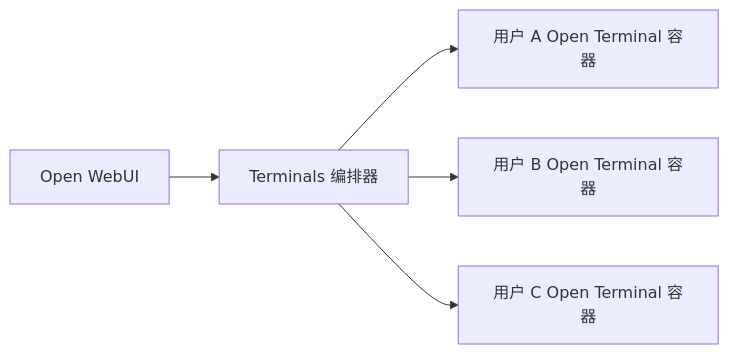
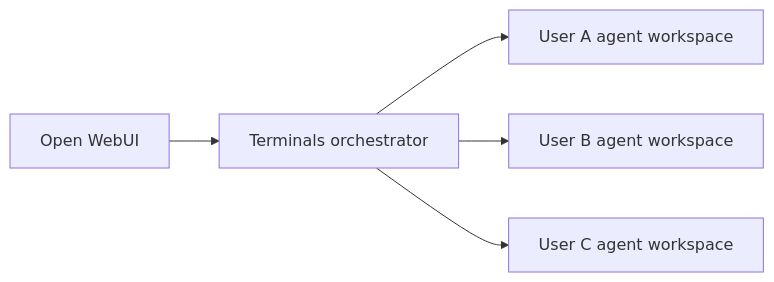
One commit to SMYQH/openwebuidocs changed the diagram in zh-cn/docs/features/open-terminal/terminals/orchestration/index.md. Above: the diagram before and after it, drawn with Mermaid. The commit also changed other lines of this file and 116 other files, not shown here.

````diff
--- a/zh-cn/docs/features/open-terminal/terminals/orchestration/index.md
+++ b/zh-cn/docs/features/open-terminal/terminals/orchestration/index.md
@@ -10,7 +12,7 @@
 ```mermaid
 flowchart LR
-    A["Open WebUI"] --> B["Terminals 编排器"]
-    B --> C["用户 A Open Terminal 容器"]
-    B --> D["用户 B Open Terminal 容器"]
-    B --> E["用户 C Open Terminal 容器"]
+    A["Open WebUI"] --> B["Terminals orchestrator"]
+    B --> C["User A agent workspace"]
+    B --> D["User B agent workspace"]
+    B --> E["User C agent workspace"]
 ```
````
